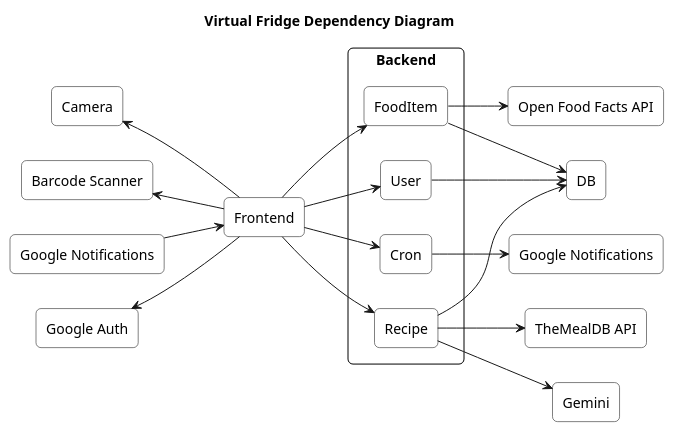
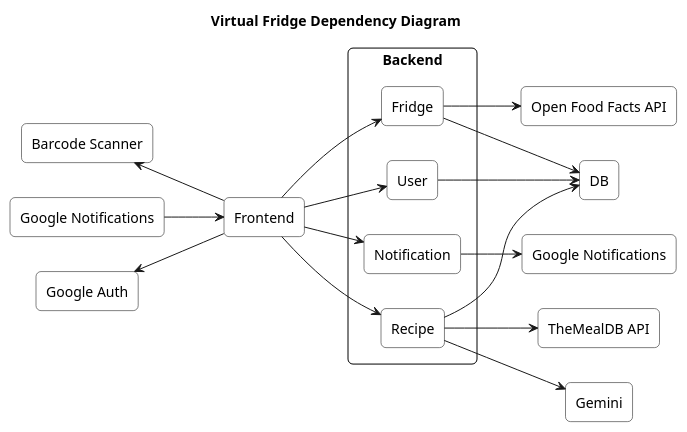
Before and after one commit to virtualfridge/virtualfridge: the diagram in documentation/diagrams/dependencyDiagram.plantuml, drawn with PlantUML.

Commit message:
name changes

```diff
--- a/documentation/diagrams/dependencyDiagram.plantuml
+++ b/documentation/diagrams/dependencyDiagram.plantuml
@@ -1,56 +1,54 @@
 @startuml
 title Virtual Fridge Dependency Diagram
 left to right direction
 
 skinparam rectangle {
   BackgroundColor white
   BorderColor black
   RoundCorner 10
 }
 
 ' --- External modules on the left ---
-rectangle "Camera" as Camera
 rectangle "Barcode Scanner" as BarcodeScanner
 rectangle "Google Notifications" as GoogleNotifications_Front
 rectangle "Google Auth" as GoogleAuth
 
 ' --- Frontend ---
 rectangle "Frontend" as Frontend
 
 ' --- Backend with internal components ---
 rectangle "Backend" as Backend {
-    rectangle "FoodItem" as FoodItem
+    rectangle "Fridge" as Fridge
     rectangle "User" as User
-    rectangle "Cron" as Cron
+    rectangle "Notification" as Notification
     rectangle "Recipe" as Recipe
 }
 
 ' --- External APIs and DB on the right ---
 rectangle "Open Food Facts API" as OpenFoodFacts
 rectangle "DB" as DB
 rectangle "Google Notifications" as GoogleNotifications_Back
 rectangle "TheMealDB API" as TheMealDB
 rectangle "Gemini" as Gemini
 
 ' --- Connections (Left side to Frontend) ---
-Camera <-- Frontend
 BarcodeScanner <-- Frontend
 GoogleNotifications_Front --> Frontend
 GoogleAuth <-- Frontend
 
 ' --- Frontend to Backend ---
-Frontend --> FoodItem
+Frontend --> Fridge
 Frontend --> User
 Frontend --> Recipe
-Frontend --> Cron
+Frontend --> Notification
 
 ' --- Backend internal and external connections ---
-FoodItem --> OpenFoodFacts
-FoodItem --> DB
+Fridge --> OpenFoodFacts
+Fridge --> DB
 User --> DB
 Recipe --> DB
 Recipe --> TheMealDB
 Recipe --> Gemini
-Cron --> GoogleNotifications_Back
+Notification --> GoogleNotifications_Back
 
 @enduml
```
